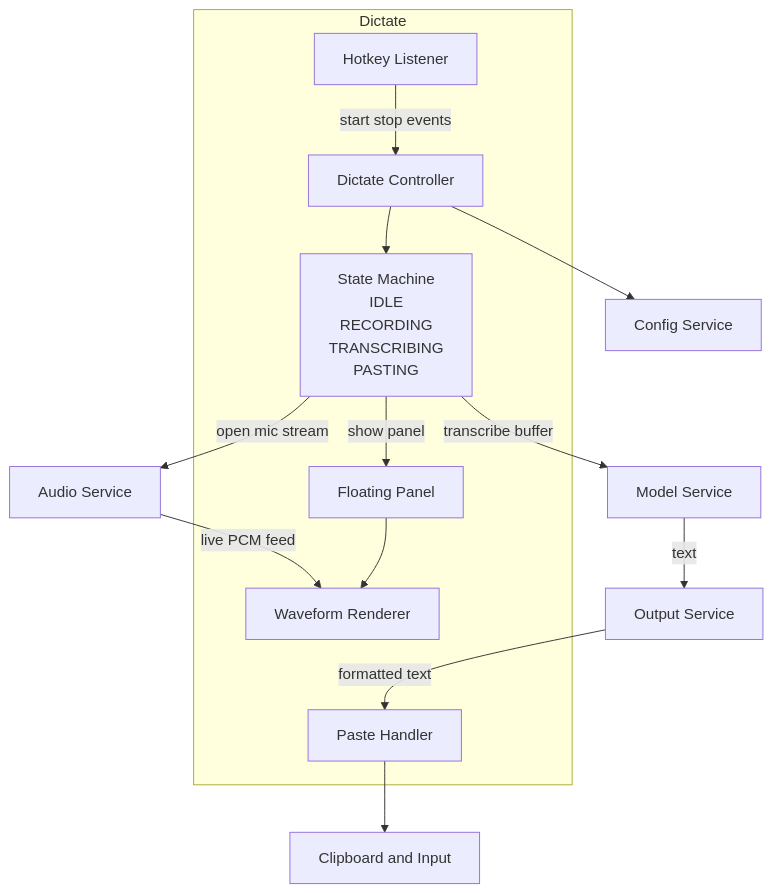
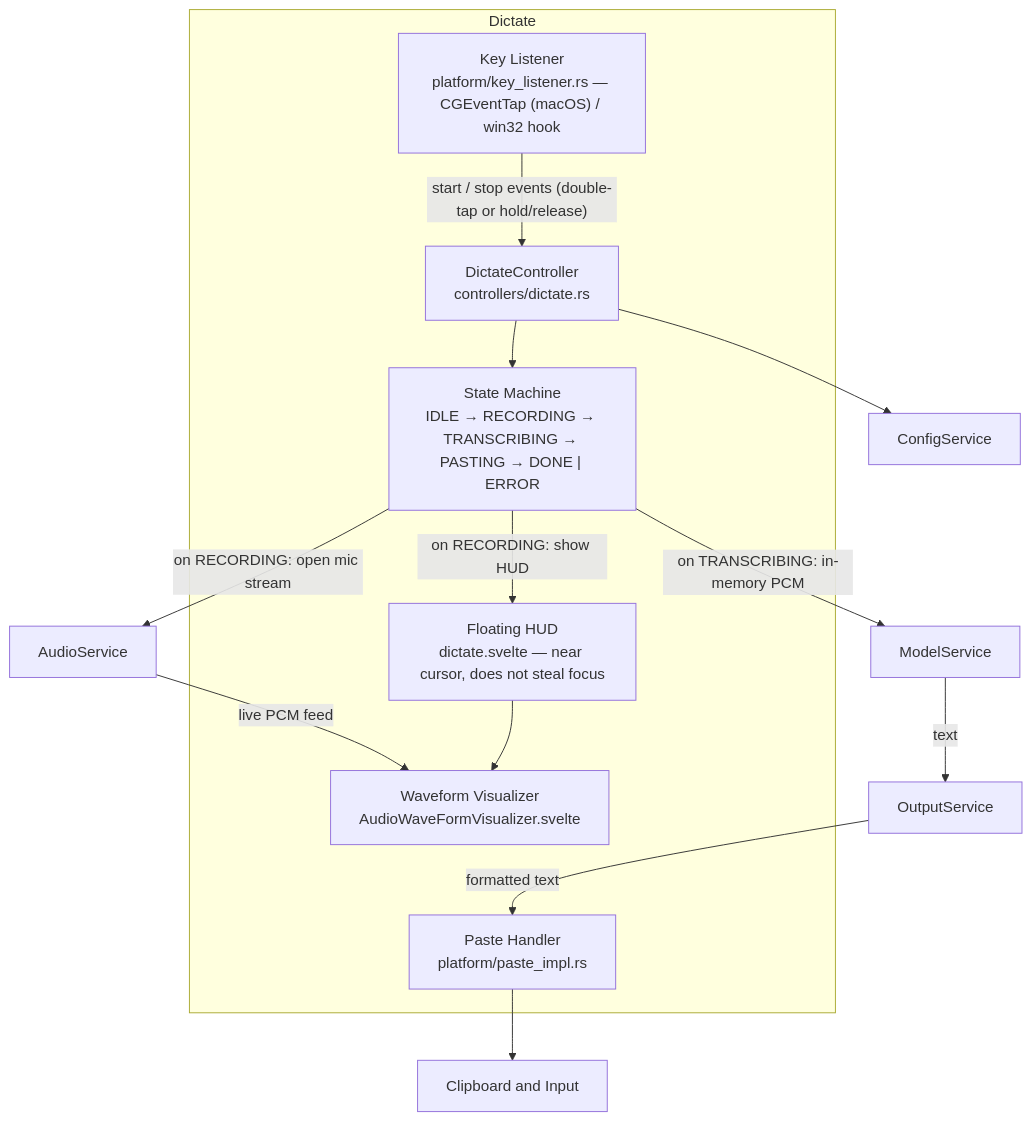
Before and after one commit to Lenniott/scribeFloat: the ninth of 10 diagrams in context/architecture.md, drawn with Mermaid. The commit also changed other lines of this file and 3 other files, not shown here.

First line of the commit message:
Add README, PRIVACY policy, LICENSE and update C4 architecture diagrams

````diff
--- a/context/architecture.md
+++ b/context/architecture.md
@@ -329,29 +425,29 @@
 ```mermaid
 graph TB
     subgraph dictate["Dictate"]
-        controller["Dictate Controller"]
-        state["State Machine\nIDLE\nRECORDING\nTRANSCRIBING\nPASTING"]
-        hotkey_listener["Hotkey Listener"]
-        float_panel["Floating Panel"]
-        waveform["Waveform Renderer"]
-        paste_handler["Paste Handler"]
+        controller["DictateController\ncontrollers/dictate.rs"]
+        state["State Machine\nIDLE → RECORDING → TRANSCRIBING → PASTING → DONE | ERROR"]
+        key_listener["Key Listener\nplatform/key_listener.rs — CGEventTap (macOS) / win32 hook"]
+        hud["Floating HUD\ndictate.svelte — near cursor, does not steal focus"]
+        waveform["Waveform Visualizer\nAudioWaveFormVisualizer.svelte"]
+        paste_handler["Paste Handler\nplatform/paste_impl.rs"]
     end
 
-    audio["Audio Service"]
-    model["Model Service"]
-    output["Output Service"]
-    config["Config Service"]
+    svc_audio["AudioService"]
+    svc_model["ModelService"]
+    svc_output["OutputService"]
+    svc_config["ConfigService"]
     clipboard["Clipboard and Input"]
 
-    hotkey_listener -->|"start stop events"| controller
+    key_listener -->|"start / stop events (double-tap or hold/release)"| controller
     controller --> state
-    state -->|"open mic stream"| audio
-    state -->|"show panel"| float_panel
-    audio -->|"live PCM feed"| waveform
-    float_panel --> waveform
-    state -->|"transcribe buffer"| model
-    model -->|"text"| output
-    output -->|"formatted text"| paste_handler
+    state -->|"on RECORDING: open mic stream"| svc_audio
+    state -->|"on RECORDING: show HUD"| hud
+    svc_audio -->|"live PCM feed"| waveform
+    hud --> waveform
+    state -->|"on TRANSCRIBING: in-memory PCM"| svc_model
+    svc_model -->|"text"| svc_output
+    svc_output -->|"formatted text"| paste_handler
     paste_handler --> clipboard
-    controller --> config
+    controller --> svc_config
 ```
````
